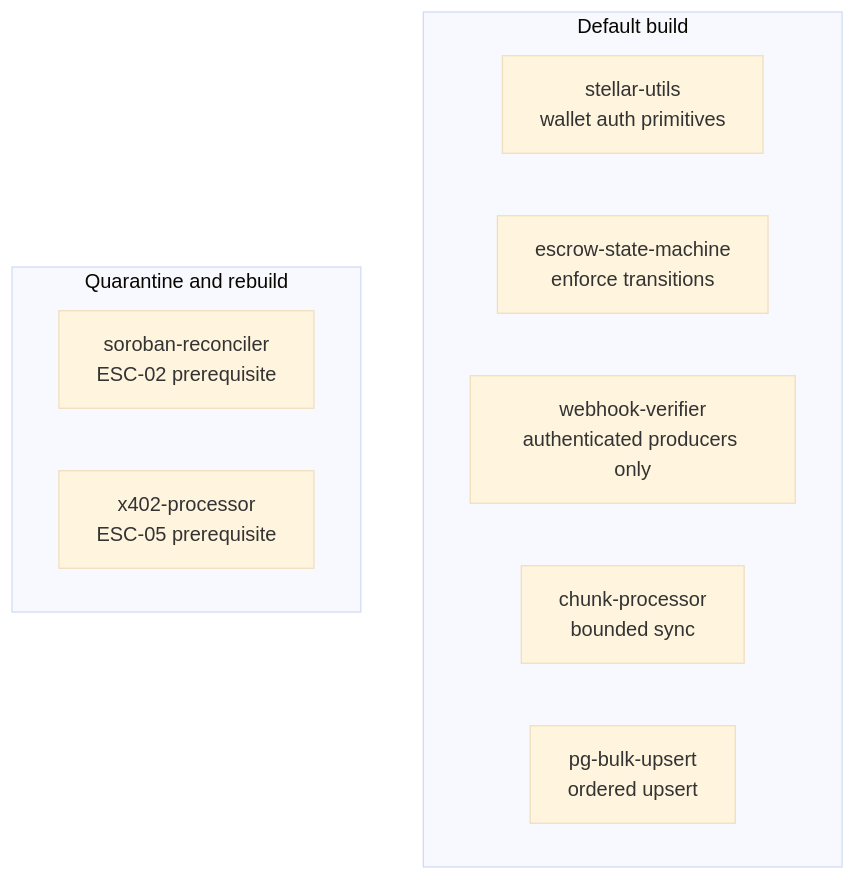
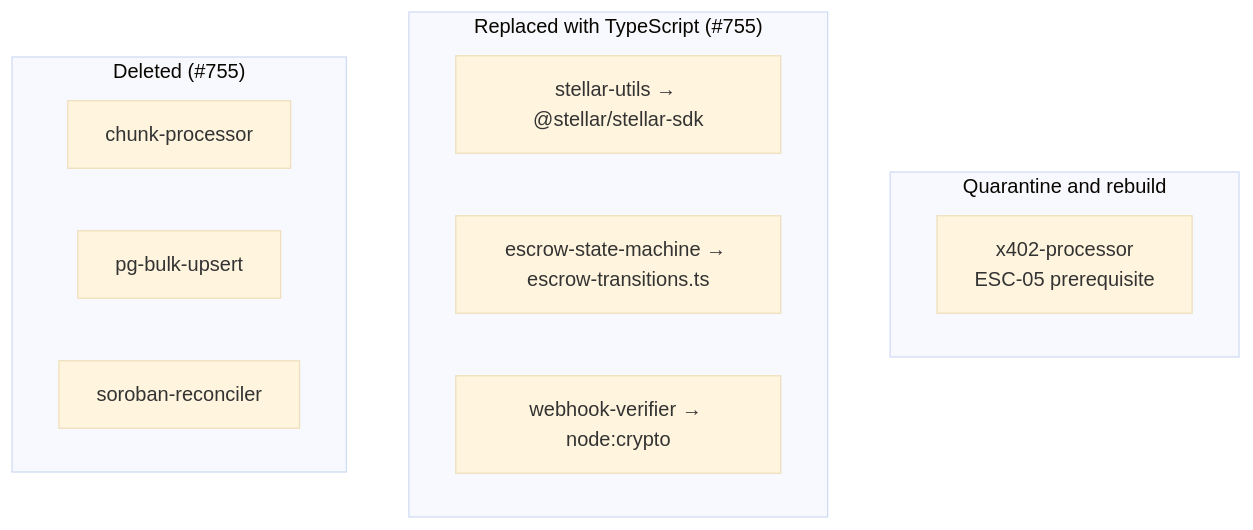
The first of 3 diagrams in docs/architecture/crate-boundaries.md (safetrustcr/backend-SafeTrust), drawn with Mermaid (base theme) before and after one commit. The commit also changed other lines of this file and 102 other files, not shown here.

````diff
--- a/docs/architecture/crate-boundaries.md
+++ b/docs/architecture/crate-boundaries.md
@@ -21,14 +19,16 @@
 ```mermaid
 flowchart TD
-    subgraph Default build
-        C1[stellar-utils\nwallet auth primitives]
-        C2[escrow-state-machine\nenforce transitions]
-        C3[webhook-verifier\nauthenticated producers only]
-        C4[chunk-processor\nbounded sync]
-        C5[pg-bulk-upsert\nordered upsert]
-    end
     subgraph Quarantine and rebuild
-        C7[soroban-reconciler\nESC-02 prerequisite]
         C8[x402-processor\nESC-05 prerequisite]
     end
+    subgraph "Replaced with TypeScript (#755)"
+        T1[stellar-utils → @stellar/stellar-sdk]
+        T2[escrow-state-machine → escrow-transitions.ts]
+        T3[webhook-verifier → node:crypto]
+    end
+    subgraph "Deleted (#755)"
+        D1[chunk-processor]
+        D2[pg-bulk-upsert]
+        D3[soroban-reconciler]
+    end
 ```
````
